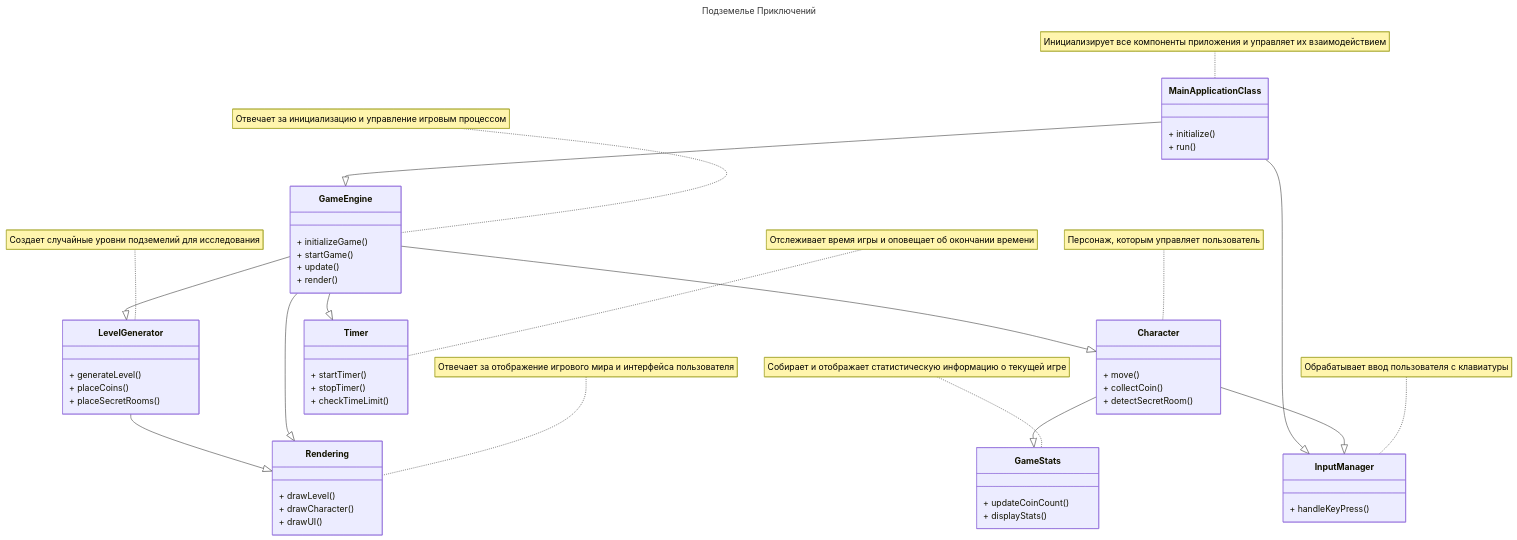
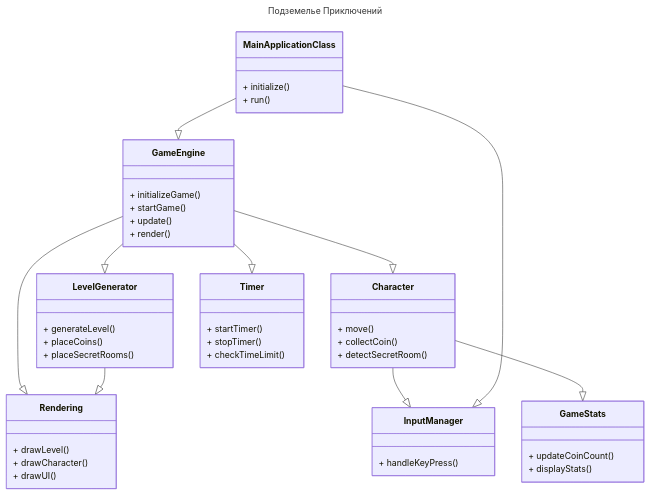
Before and after one commit to EgorVarshutin22107/laughing-potato: the diagram in docs/struct.md, drawn with Mermaid.

Commit message:
Поправил диаграмму

````diff
--- a/docs/struct.md
+++ b/docs/struct.md
@@ -6,62 +6,54 @@
 ```mermaid
 ---
 title: Подземелье Приключений
 ---
 classDiagram 
     class GameEngine {
         + initializeGame()
         + startGame()
         + update()
         + render()
     }
     class LevelGenerator {
         + generateLevel()
         + placeCoins()
         + placeSecretRooms()
     }
     class Character {
         + move()
         + collectCoin()
         + detectSecretRoom()
     }
     class Timer {
         + startTimer()
         + stopTimer()
         + checkTimeLimit()
     }
     class Rendering {
         + drawLevel()
         + drawCharacter()
         + drawUI()
     }
     class InputManager {
         + handleKeyPress()
     }
     class GameStats {
         + updateCoinCount()
         + displayStats()
     }
     class MainApplicationClass {
         + initialize()
         + run()
     }
 
-    note for Character "Персонаж, которым управляет пользователь"
-    note for LevelGenerator "Создает случайные уровни подземелий для исследования"
-    note for GameEngine "Отвечает за инициализацию и управление игровым процессом"
-    note for Timer "Отслеживает время игры и оповещает об окончании времени"
-    note for Rendering "Отвечает за отображение игрового мира и интерфейса пользователя"
-    note for InputManager "Обрабатывает ввод пользователя с клавиатуры"
-    note for GameStats "Собирает и отображает статистическую информацию о текущей игре"
-    note for MainApplicationClass "Инициализирует все компоненты приложения и управляет их взаимодействием"
     GameEngine --|> LevelGenerator
     GameEngine --|> Character
     GameEngine --|> Rendering
     GameEngine --|> Timer
     LevelGenerator --|> Rendering
     Character --|> InputManager
     Character --|> GameStats
     MainApplicationClass --|> GameEngine
     MainApplicationClass --|> InputManager
 
 ```
````
